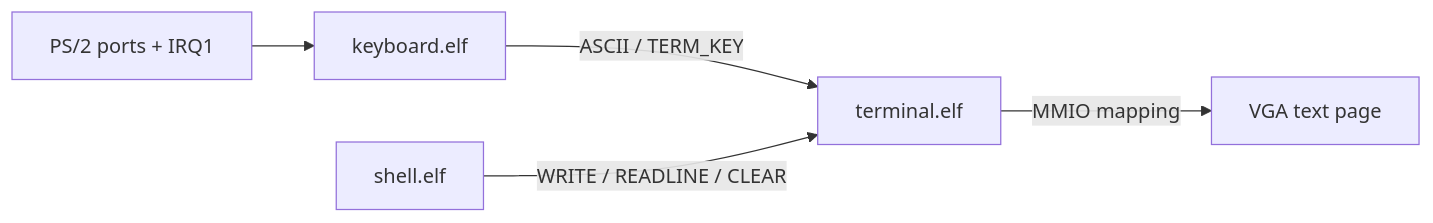
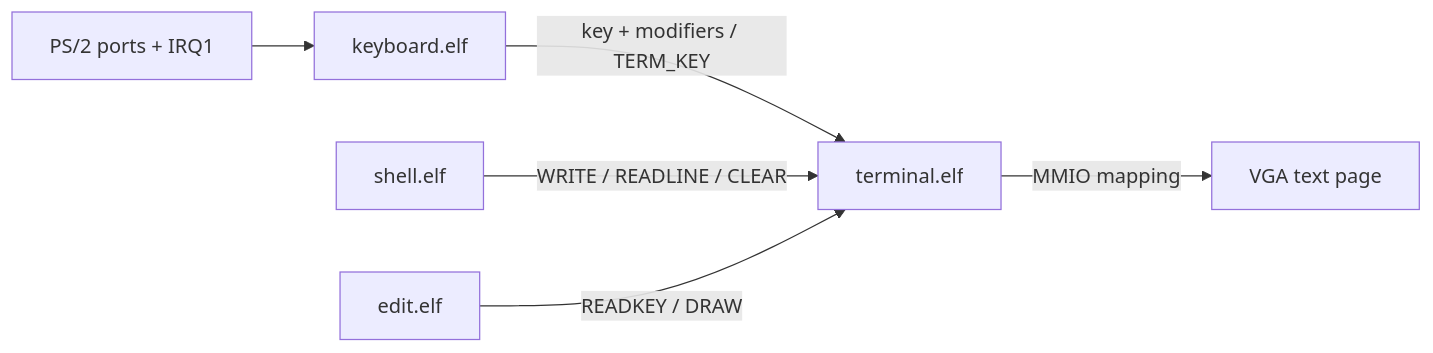
One commit to VladimirKraswov/varania-os changed the diagram in docs/DRIVERS.md. Above: the diagram before and after it, drawn with Mermaid. The commit also changed other lines of this file and 31 other files, not shown here.

````diff
--- a/docs/DRIVERS.md
+++ b/docs/DRIVERS.md
@@ -61,7 +65,8 @@
 ```mermaid
 flowchart LR
     P["PS/2 ports + IRQ1"] --> K["keyboard.elf"]
-    K -->|"ASCII / TERM_KEY"| T["terminal.elf"]
+    K -->|"key + modifiers / TERM_KEY"| T["terminal.elf"]
     S["shell.elf"] -->|"WRITE / READLINE / CLEAR"| T
+    E["edit.elf"] -->|"READKEY / DRAW"| T
     T -->|"MMIO mapping"| V["VGA text page"]
 ```
````
